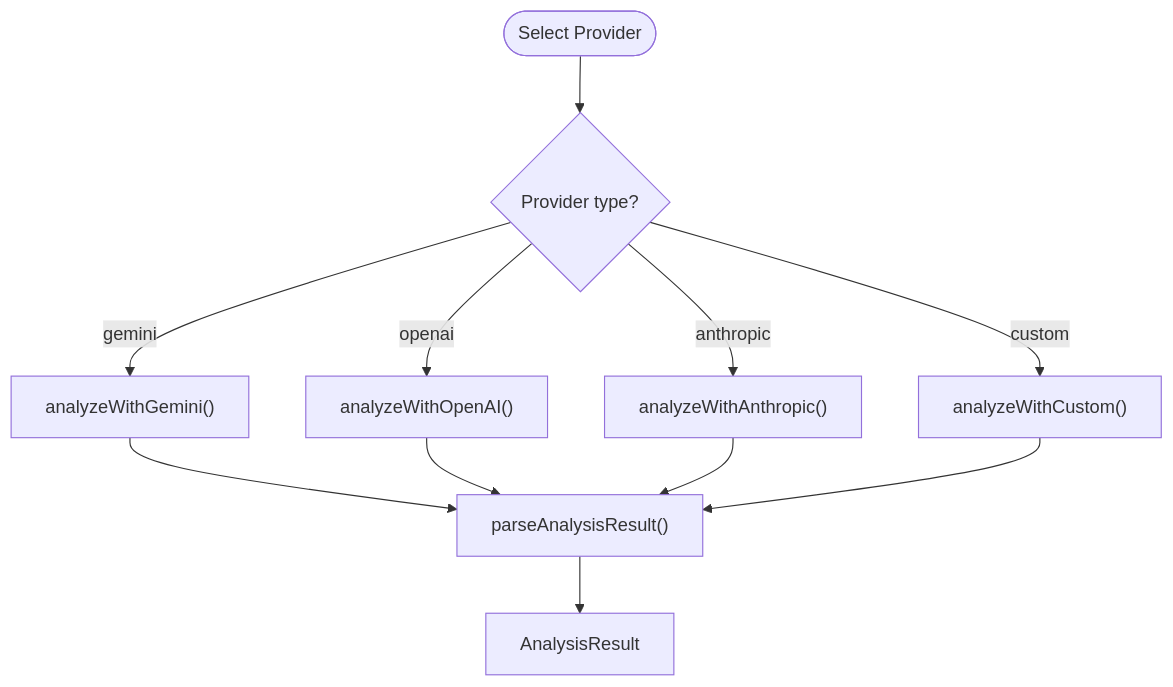
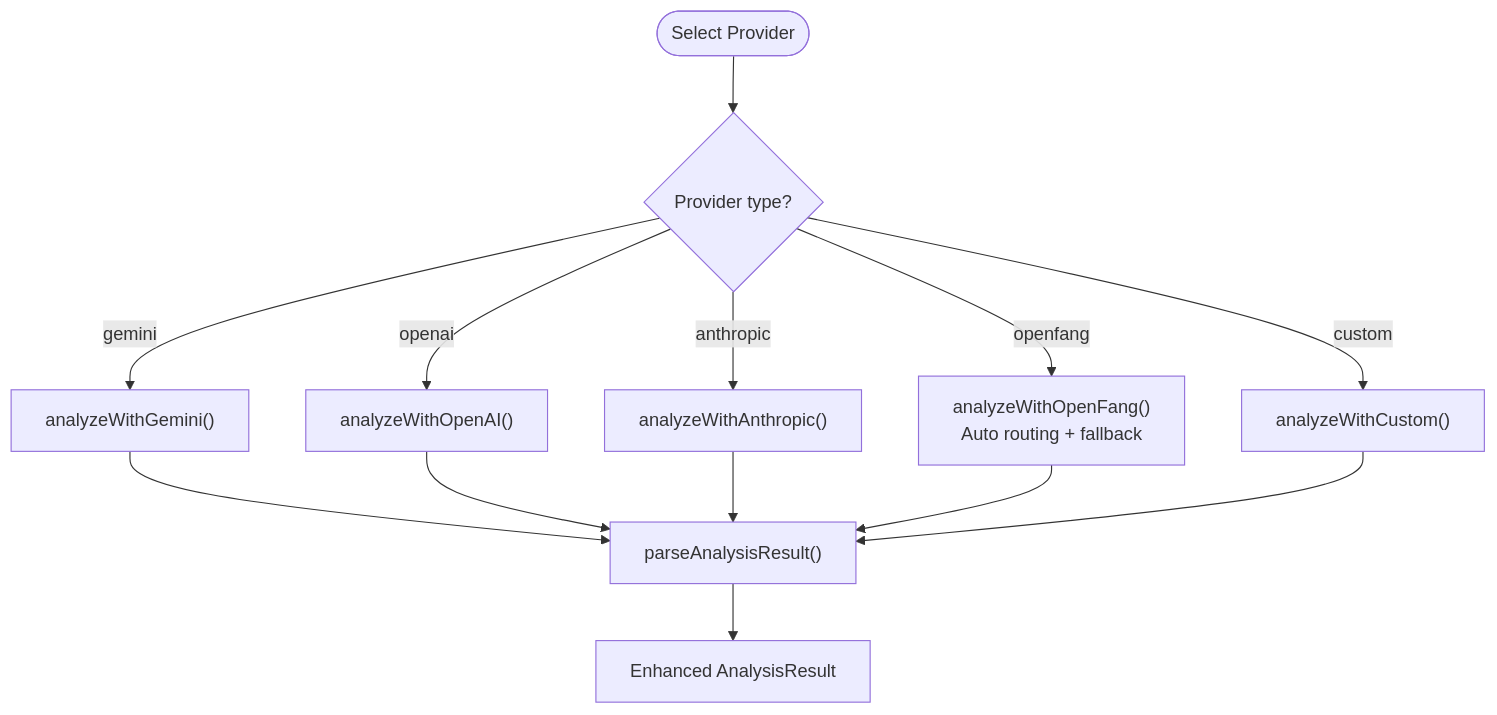
The third of 10 diagrams in .qoder/repowiki/en/content/AI Integration/AI Integration.md (hunglevi87/Hidden-Gem), drawn with Mermaid before and after one commit. The commit also changed other lines of this file and 14 other files, not shown here.

First line of the commit message:
feat(ai-integration): add OpenFang provider and eBay MCP marketplace automation

````diff
--- a/.qoder/repowiki/en/content/AI Integration/AI Integration.md
+++ b/.qoder/repowiki/en/content/AI Integration/AI Integration.md
@@ -133,13 +167,15 @@
 ```mermaid
 flowchart TD
 Start(["Select Provider"]) --> CheckType{"Provider type?"}
 CheckType --> |gemini| Gemini["analyzeWithGemini()"]
 CheckType --> |openai| OpenAI["analyzeWithOpenAI()"]
 CheckType --> |anthropic| Anthropic["analyzeWithAnthropic()"]
+CheckType --> |openfang| OpenFang["analyzeWithOpenFang()<br/>Auto routing + fallback"]
 CheckType --> |custom| Custom["analyzeWithCustom()"]
 Gemini --> Parse["parseAnalysisResult()"]
 OpenAI --> Parse
 Anthropic --> Parse
+OpenFang --> Parse
 Custom --> Parse
-Parse --> Result["AnalysisResult"]
+Parse --> Result["Enhanced AnalysisResult"]
 ```
````
